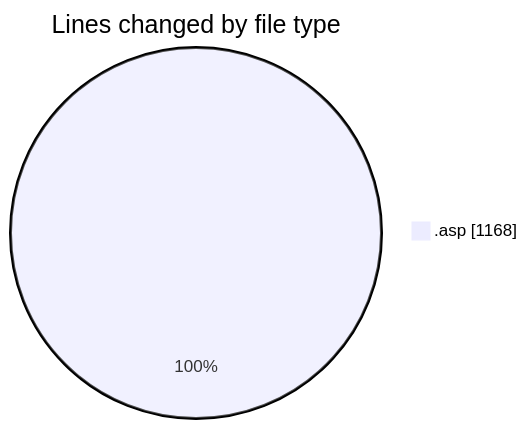
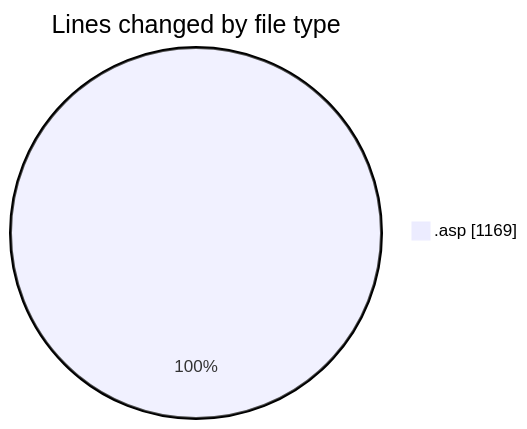
One commit to julien-gomy/code-tracking changed the first of 2 diagrams in 2025-11-20/cdp_aleoudev_fr__workspace_/README.md. Above: the diagram before and after it, drawn with Mermaid. The commit also changed other lines of this file and 1 other file, not shown here.

````diff
--- a/2025-11-20/cdp_aleoudev_fr__workspace_/README.md
+++ b/2025-11-20/cdp_aleoudev_fr__workspace_/README.md
@@ -23,5 +23,5 @@
 ```mermaid
 pie showData
 title Lines changed by file type
-".asp" : 1168
+".asp" : 1169
 ```
````
